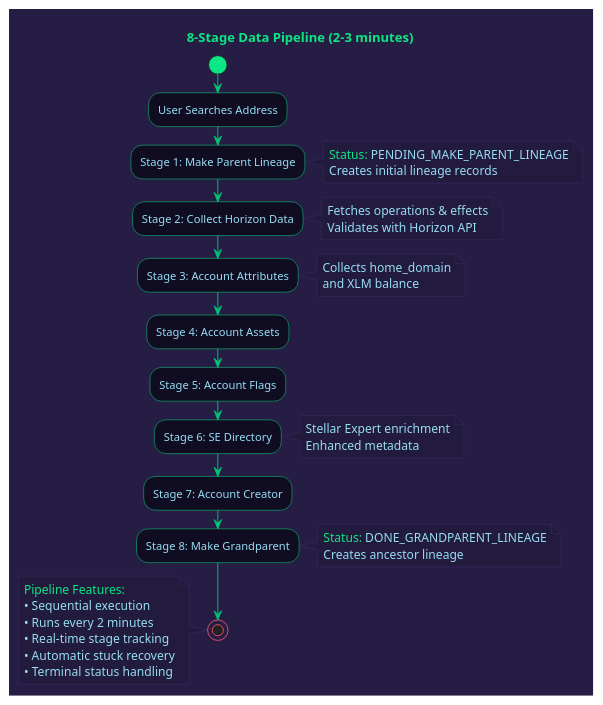
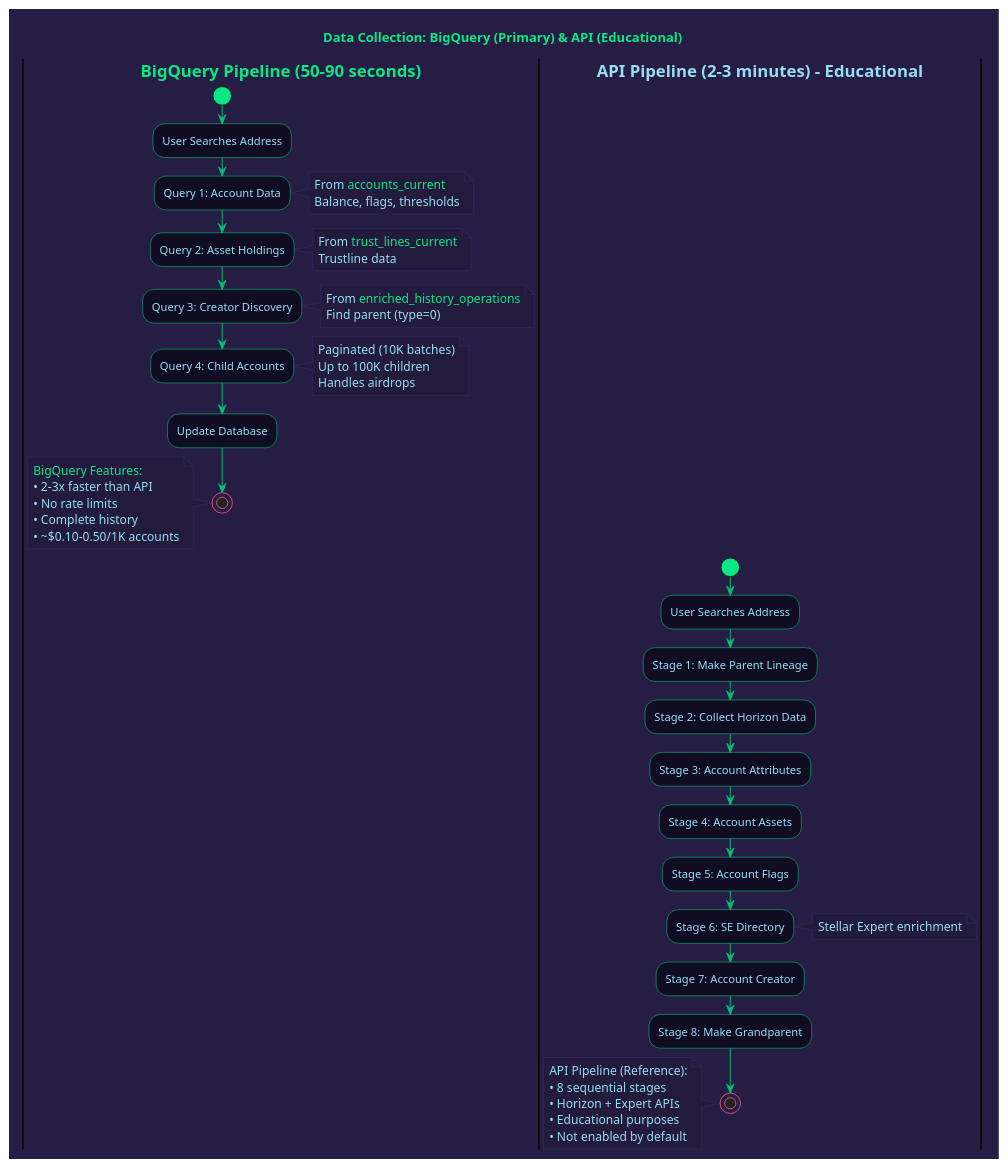
The diagram in diagrams/02_data_pipeline.puml (areveur51/StellarMapWeb), drawn with PlantUML before and after one commit. The commit also changed 4 other files, not shown here.

First line of the commit message:
Update documentation to reflect new BigQuery data pipeline

```diff
--- a/diagrams/02_data_pipeline.puml
+++ b/diagrams/02_data_pipeline.puml
@@ -1,72 +1,99 @@
 @startuml Data Pipeline
 
 skinparam backgroundColor #261D45
 skinparam activity {
     BackgroundColor #100D23
     BorderColor #0BE784
     FontColor #96DDF2
 }
 skinparam activityArrowColor #01C176
 skinparam activityStartColor #0BE784
 skinparam activityStopColor #E5526F
 skinparam defaultFontColor #96DDF2
 skinparam note {
   BackgroundColor #231B3D
   BorderColor #3f2c70
   FontColor #96DDF2
 }
 
-title <color:#0BE784>8-Stage Data Pipeline (2-3 minutes)
+title <color:#0BE784>Data Collection: BigQuery (Primary) & API (Educational)
+
+|<b><color:#0BE784>BigQuery Pipeline (50-90 seconds)|
+
+start
+
+:User Searches Address;
+
+:Query 1: Account Data;
+note right #231B3D
+  <color:#96DDF2>From <color:#0BE784>accounts_current
+  <color:#96DDF2>Balance, flags, thresholds
+end note
+
+:Query 2: Asset Holdings;
+note right #231B3D
+  <color:#96DDF2>From <color:#0BE784>trust_lines_current
+  <color:#96DDF2>Trustline data
+end note
+
+:Query 3: Creator Discovery;
+note right #231B3D
+  <color:#96DDF2>From <color:#0BE784>enriched_history_operations
+  <color:#96DDF2>Find parent (type=0)
+end note
+
+:Query 4: Child Accounts;
+note right #231B3D
+  <color:#96DDF2>Paginated (10K batches)
+  <color:#96DDF2>Up to 100K children
+  <color:#96DDF2>Handles airdrops
+end note
+
+:Update Database;
+
+stop
+
+note left #231B3D
+  <color:#0BE784>BigQuery Features:
+  <color:#96DDF2>• 2-3x faster than API
+  <color:#96DDF2>• No rate limits
+  <color:#96DDF2>• Complete history
+  <color:#96DDF2>• ~$0.10-0.50/1K accounts
+end note
+
+|<b><color:#96DDF2>API Pipeline (2-3 minutes) - Educational|
 
 start
 
 :User Searches Address;
 
 :Stage 1: Make Parent Lineage;
-note right #231B3D
-  <color:#0BE784>Status: <color:#96DDF2>PENDING_MAKE_PARENT_LINEAGE
-  Creates initial lineage records
-end note
 
 :Stage 2: Collect Horizon Data;
-note right #231B3D
-  <color:#96DDF2>Fetches operations & effects
-  Validates with Horizon API
-end note
 
 :Stage 3: Account Attributes;
-note right #231B3D
-  <color:#96DDF2>Collects home_domain
-  and XLM balance
-end note
 
 :Stage 4: Account Assets;
 
 :Stage 5: Account Flags;
 
 :Stage 6: SE Directory;
 note right #231B3D
   <color:#96DDF2>Stellar Expert enrichment
-  Enhanced metadata
 end note
 
 :Stage 7: Account Creator;
 
 :Stage 8: Make Grandparent;
-note right #231B3D
-  <color:#0BE784>Status: <color:#96DDF2>DONE_GRANDPARENT_LINEAGE
-  Creates ancestor lineage
-end note
 
 stop
 
 note left #231B3D
-  <color:#0BE784>Pipeline Features:
-  <color:#96DDF2>• Sequential execution
-  • Runs every 2 minutes
-  • Real-time stage tracking
-  • Automatic stuck recovery
-  • Terminal status handling
+  <color:#96DDF2>API Pipeline (Reference):
+  <color:#96DDF2>• 8 sequential stages
+  <color:#96DDF2>• Horizon + Expert APIs
+  <color:#96DDF2>• Educational purposes
+  <color:#96DDF2>• Not enabled by default
 end note
 
 @enduml
```
